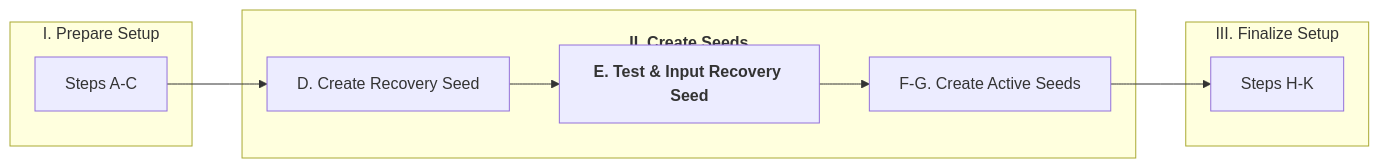
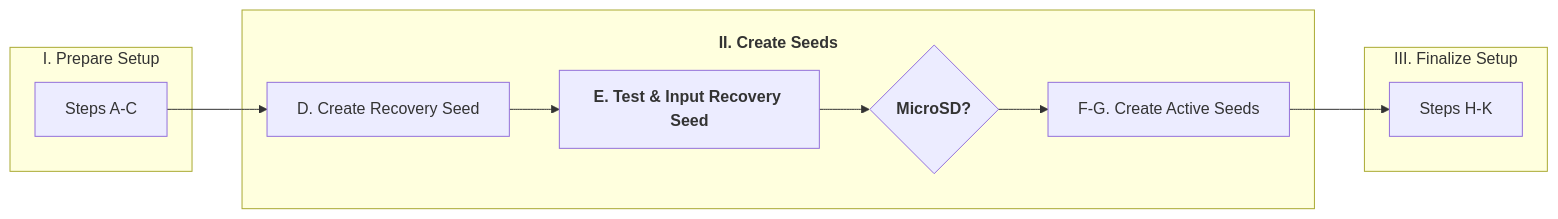
Before and after one commit to BlockchainCommons/SmartCustody: the fifth of 7 diagrams in Docs/Scenario-Multisig.md, drawn with Mermaid. The commit also changed other lines of this file, not shown here.

````diff
--- a/Docs/Scenario-Multisig.md
+++ b/Docs/Scenario-Multisig.md
@@ -300,17 +301,18 @@
 ```mermaid
     graph LR;
     subgraph 1[I. Prepare Setup]
     C[Steps A-C]
     end
     subgraph 2[<h4>II. Create Seeds</h4>]
     D[D. Create Recovery Seed]
     E[<b>E. Test & Input Recovery Seed</b>]
+    E1{<b>MicroSD?</b>}
     F[F-G. Create Active Seeds]
-    D-->E-->F
+    D-->E-->E1-->F
     end
     subgraph 3[III. Finalize Setup]
     H[Steps H-K]
     end
     C-->D
     F-->H
 ```
````
